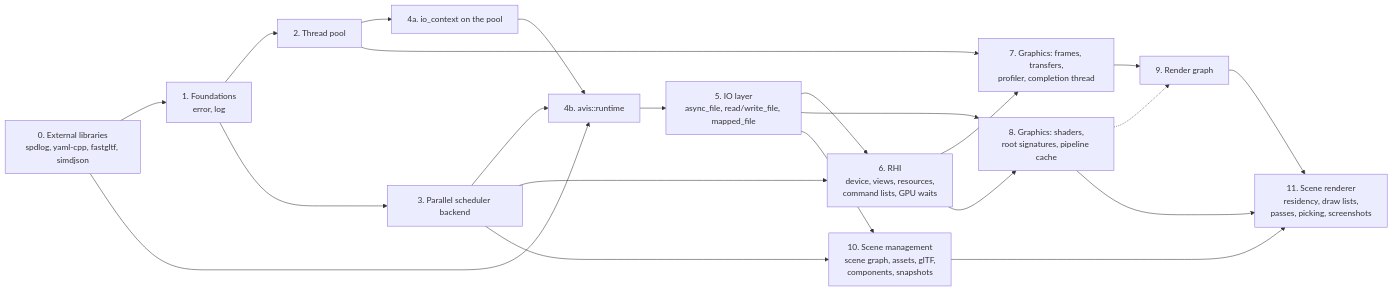
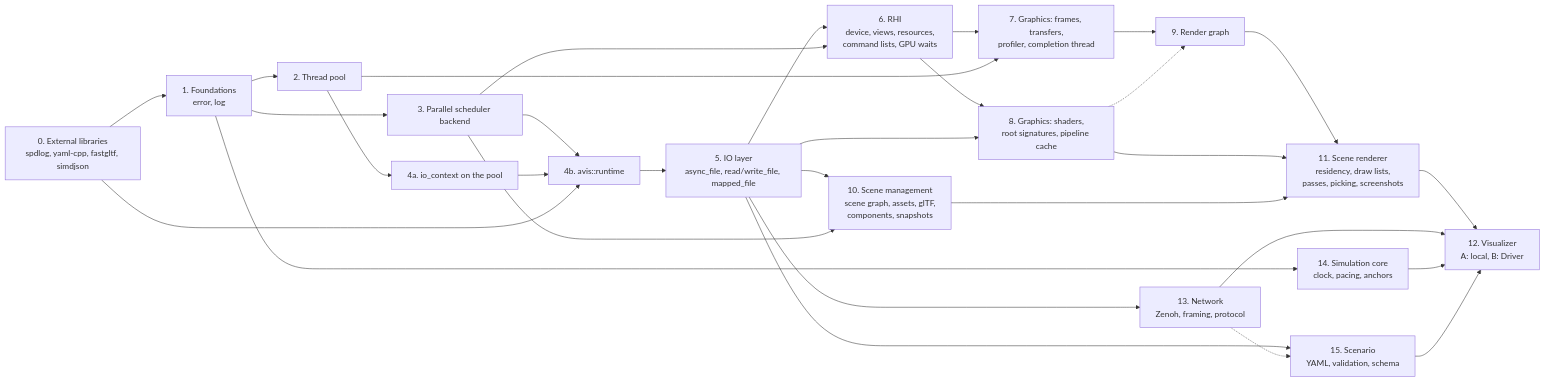
The diagram in docs/tasks/README.md (KevindeQ/avis), drawn with Mermaid before and after one commit. The commit also changed other lines of this file and 16 other files, not shown here.

````diff
--- a/docs/tasks/README.md
+++ b/docs/tasks/README.md
@@ -33,24 +41,32 @@
 ```mermaid
 flowchart LR
     ext[0. External libraries<br/>spdlog, yaml-cpp, fastgltf, simdjson] --> f[1. Foundations<br/>error, log]
     f --> tp[2. Thread pool]
     f --> ps[3. Parallel scheduler backend]
     tp --> io[4a. io_context on the pool]
     ps --> rt[4b. avis::runtime]
     io --> rt
     ext --> rt
     rt --> iol[5. IO layer<br/>async_file, read/write_file, mapped_file]
     iol --> rhi[6. RHI<br/>device, views, resources,<br/>command lists, GPU waits]
     ps --> rhi
     rhi --> fr[7. Graphics: frames, transfers,<br/>profiler, completion thread]
     tp --> fr
     rhi --> sh[8. Graphics: shaders,<br/>root signatures, pipeline cache]
     iol --> sh
     fr --> rg[9. Render graph]
     sh -.-> rg
     iol --> sc[10. Scene management<br/>scene graph, assets, glTF,<br/>components, snapshots]
     ps --> sc
     rg --> rr[11. Scene renderer<br/>residency, draw lists,<br/>passes, picking, screenshots]
     sh --> rr
     sc --> rr
+    rr --> vz[12. Visualizer<br/>A: local, B: Driver]
+    iol --> net[13. Network<br/>Zenoh, framing, protocol]
+    f --> simc[14. Simulation core<br/>clock, pacing, anchors]
+    iol --> scn[15. Scenario<br/>YAML, validation, schema]
+    net -.-> scn
+    net --> vz
+    simc --> vz
+    scn --> vz
 ```
````
